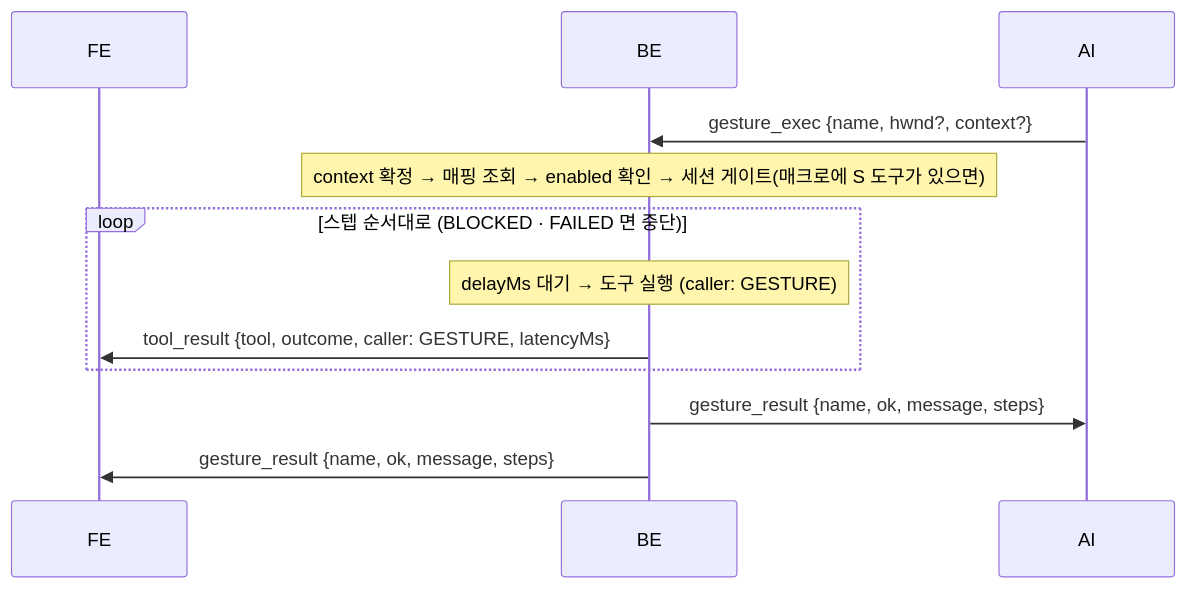
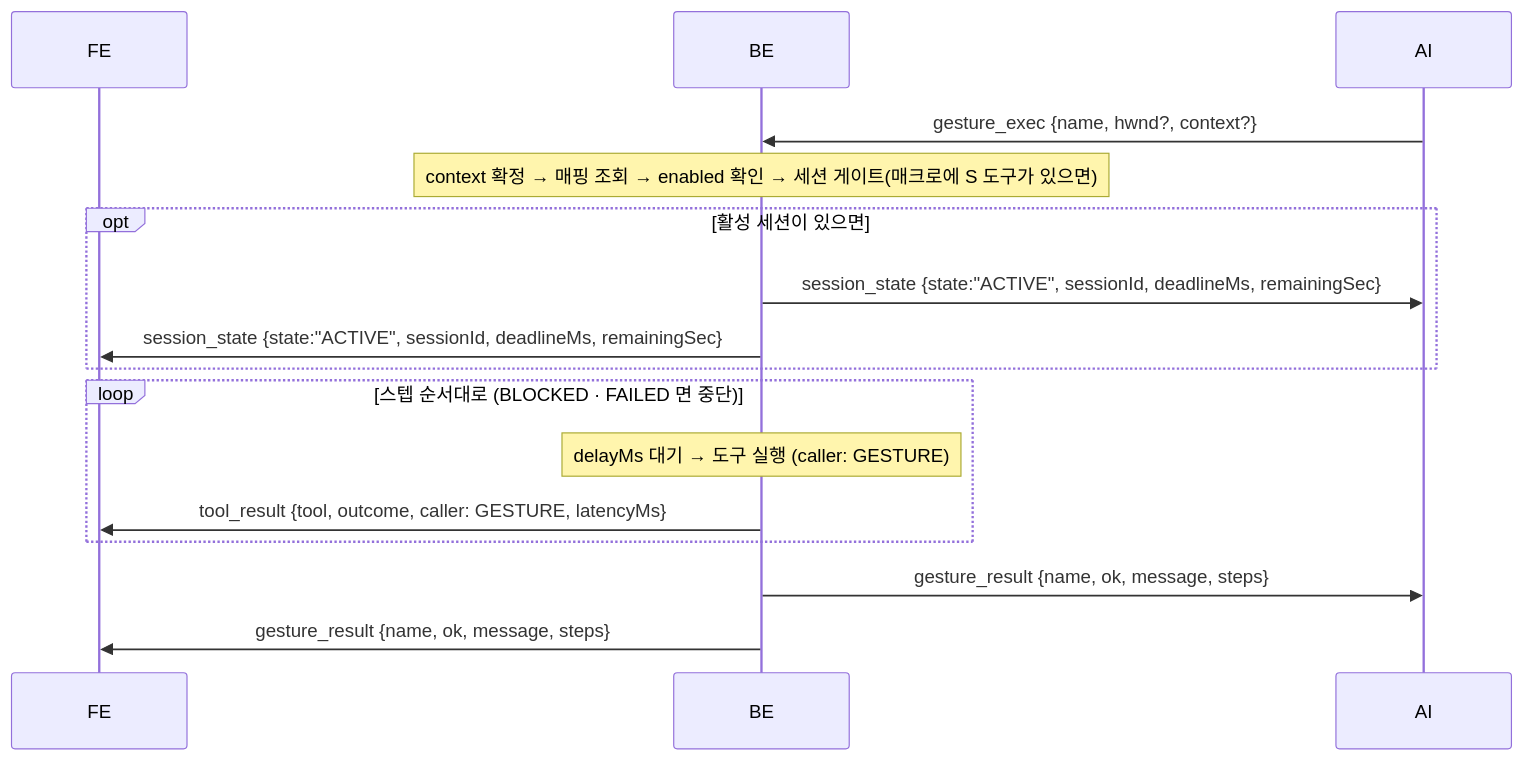
One commit to 42JH/SIA changed the ninth of 13 diagrams in Backend/docs/프로토콜.md. Above: the diagram before and after it, drawn with Mermaid. The commit also changed other lines of this file and 3 other files, not shown here.

````diff
--- a/Backend/docs/프로토콜.md
+++ b/Backend/docs/프로토콜.md
@@ -1031,14 +1031,18 @@
 ```mermaid
 sequenceDiagram
     participant FE
     participant BE
     participant AI
     AI->>BE: gesture_exec {name, hwnd?, context?}
     Note over BE: context 확정 → 매핑 조회 → enabled 확인 → 세션 게이트(매크로에 S 도구가 있으면)
+    opt 활성 세션이 있으면
+        BE->>AI: session_state {state:"ACTIVE", sessionId, deadlineMs, remainingSec}
+        BE->>FE: session_state {state:"ACTIVE", sessionId, deadlineMs, remainingSec}
+    end
     loop 스텝 순서대로 (BLOCKED · FAILED 면 중단)
         Note over BE: delayMs 대기 → 도구 실행 (caller: GESTURE)
         BE->>FE: tool_result {tool, outcome, caller: GESTURE, latencyMs}
     end
     BE->>AI: gesture_result {name, ok, message, steps}
     BE->>FE: gesture_result {name, ok, message, steps}
 ```
````
